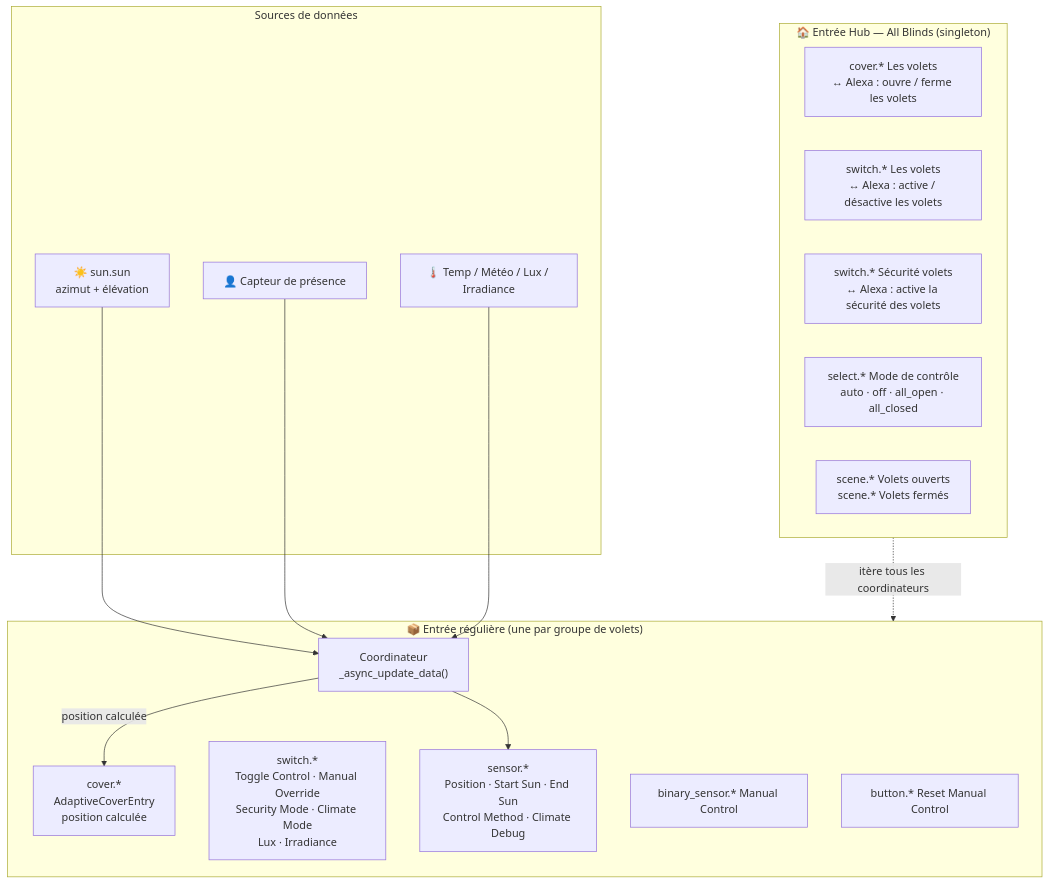
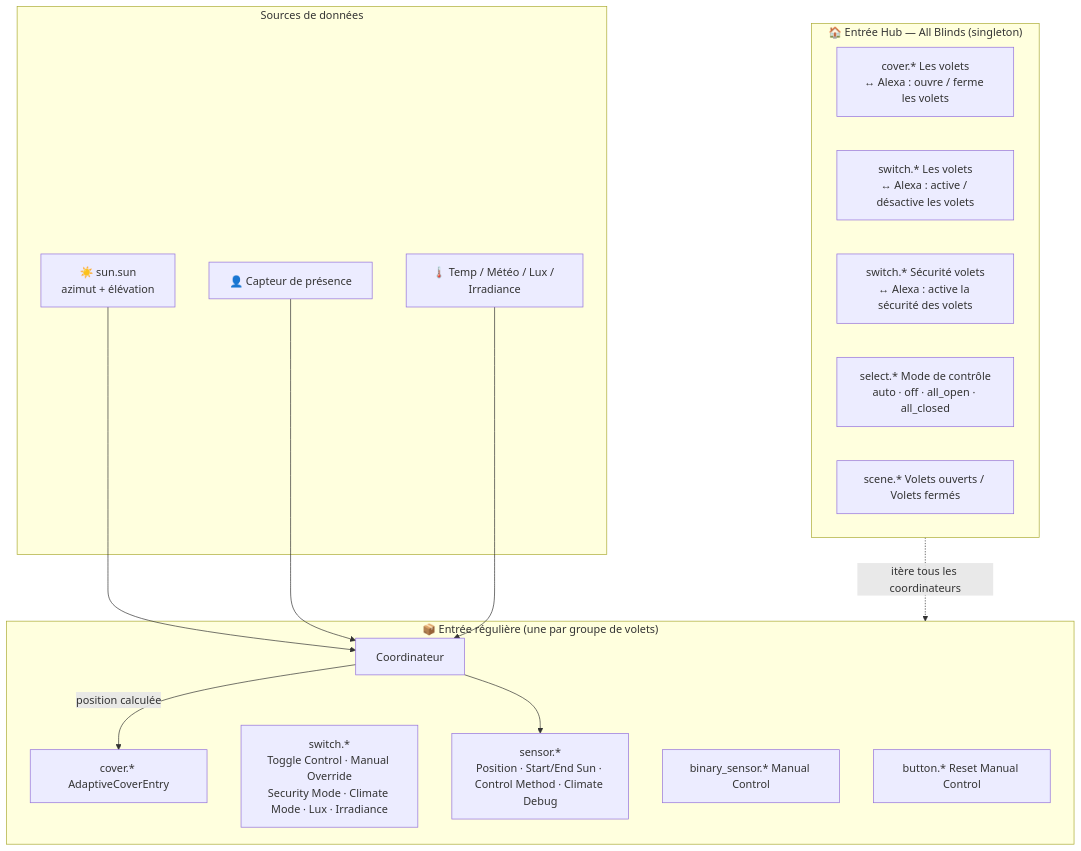
Before and after one commit to basbruss/adaptive-cover: the first of 3 diagrams in custom_components/adaptive_cover/README.fr.md, drawn with Mermaid. The commit also changed other lines of this file, not shown here.

Commit message:
docs: flowchart complet avec mode sécurité + section Modes de contrôle

````diff
--- a/custom_components/adaptive_cover/README.fr.md
+++ b/custom_components/adaptive_cover/README.fr.md
@@ -14,33 +28,32 @@
 ```mermaid
 graph TB
     subgraph Inputs["Sources de données"]
         SUN["☀️ sun.sun\nazimut + élévation"]
         PRES["👤 Capteur de présence"]
         ENV["🌡️ Temp / Météo / Lux / Irradiance"]
     end
 
     subgraph HUB["🏠 Entrée Hub — All Blinds  (singleton)"]
         HC["cover.* Les volets\n↔ Alexa : ouvre / ferme les volets"]
         HS["switch.* Les volets\n↔ Alexa : active / désactive les volets"]
         HSEC["switch.* Sécurité volets\n↔ Alexa : active la sécurité des volets"]
         HSEL["select.* Mode de contrôle\nauto · off · all_open · all_closed"]
-        HSCN["scene.* Volets ouverts\nscene.* Volets fermés"]
+        HSCN["scene.* Volets ouverts / Volets fermés"]
     end
 
     subgraph ENTRY["📦 Entrée régulière  (une par groupe de volets)"]
-        COORD["Coordinateur\n_async_update_data()"]
-        COVER["cover.*\nAdaptiveCoverEntry\nposition calculée"]
-        SW["switch.*\nToggle Control · Manual Override\nSecurity Mode · Climate Mode\nLux · Irradiance"]
-        SEN["sensor.*\nPosition · Start Sun · End Sun\nControl Method · Climate Debug"]
+        COORD["Coordinateur"]
+        COVER["cover.* AdaptiveCoverEntry"]
+        SW["switch.*\nToggle Control · Manual Override\nSecurity Mode · Climate Mode · Lux · Irradiance"]
+        SEN["sensor.*\nPosition · Start/End Sun · Control Method · Climate Debug"]
         BS["binary_sensor.* Manual Control"]
         BTN["button.* Reset Manual Control"]
     end
 
-    SUN --> COORD
+    SUN  --> COORD
     PRES --> COORD
     ENV  --> COORD
-
     COORD -->|"position calculée"| COVER
     COORD --> SEN
-    HUB   -.->|"itère tous les coordinateurs"| ENTRY
+    HUB -.->|"itère tous les coordinateurs"| ENTRY
 ```
````
